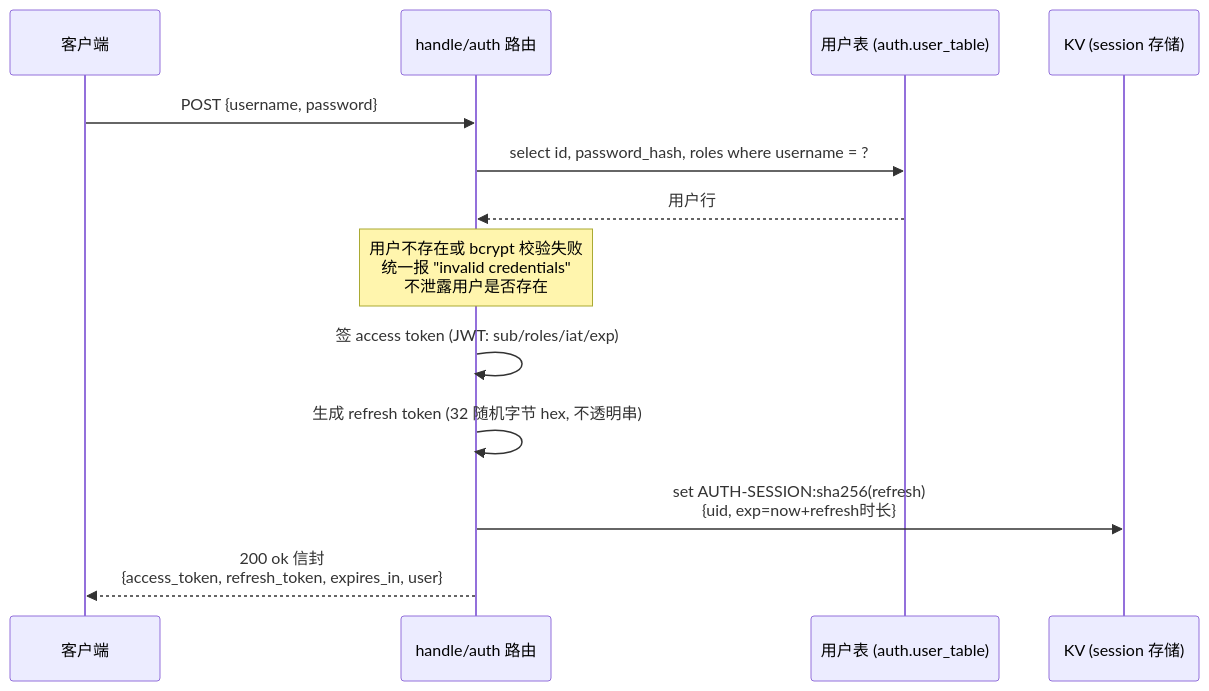
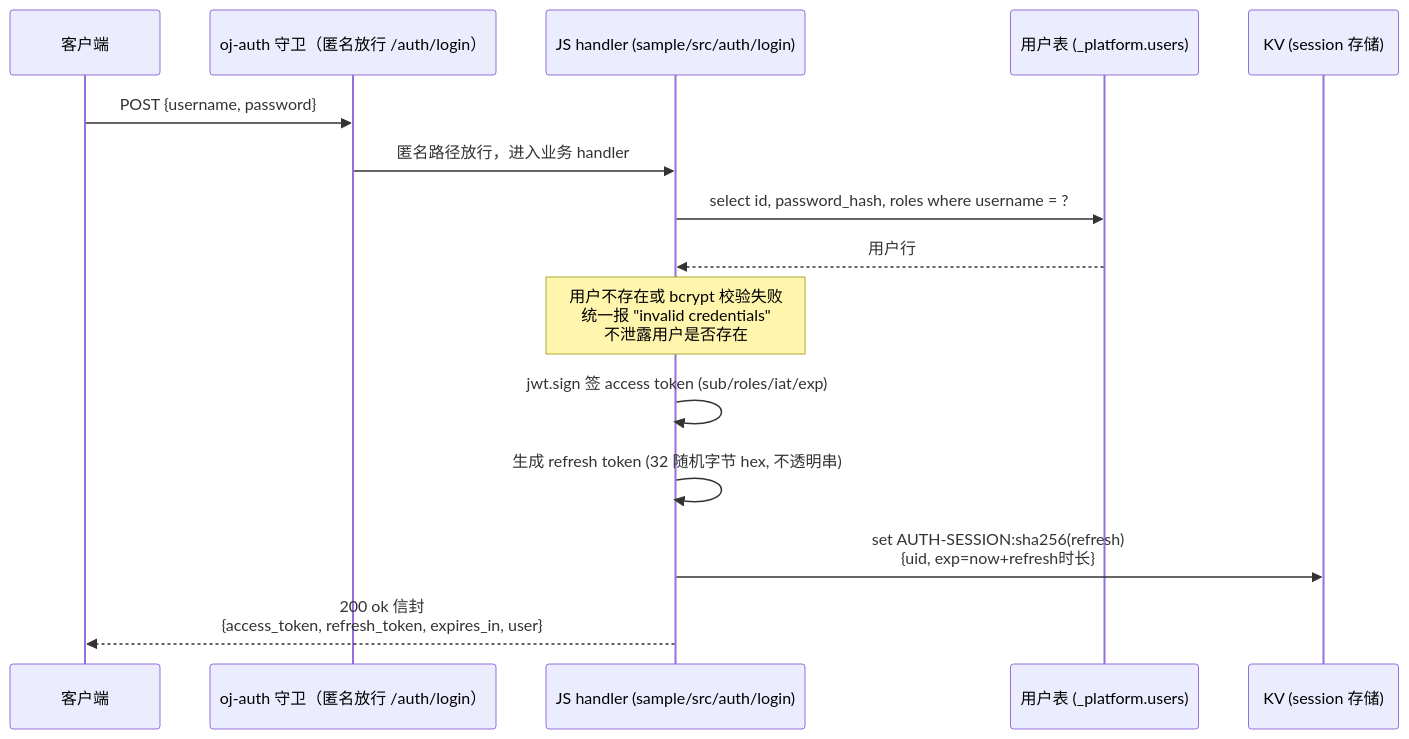
Before and after one commit to everpan/oj-bin: the second of 4 diagrams in docs/builtin-api-auth.md, drawn with Mermaid. The commit also changed other lines of this file and 10 other files, not shown here.

````diff
--- a/docs/builtin-api-auth.md
+++ b/docs/builtin-api-auth.md
@@ -65,16 +66,18 @@
 ```mermaid
 sequenceDiagram
     participant C as 客户端
-    participant S as handle/auth 路由
-    participant DB as 用户表 (auth.user_table)
+    participant G as oj-auth 守卫（匿名放行 /auth/login）
+    participant J as JS handler (sample/src/auth/login)
+    participant DB as 用户表 (_platform.users)
     participant KV as KV (session 存储)
 
-    C->>S: POST {username, password}
-    S->>DB: select id, password_hash, roles where username = ?
-    DB-->>S: 用户行
-    Note over S: 用户不存在或 bcrypt 校验失败<br/>统一报 "invalid credentials"<br/>不泄露用户是否存在
-    S->>S: 签 access token (JWT: sub/roles/iat/exp)
-    S->>S: 生成 refresh token (32 随机字节 hex, 不透明串)
-    S->>KV: set AUTH-SESSION:sha256(refresh)<br/>{uid, exp=now+refresh时长}
-    S-->>C: 200 ok 信封<br/>{access_token, refresh_token, expires_in, user}
+    C->>G: POST {username, password}
+    G->>J: 匿名路径放行，进入业务 handler
+    J->>DB: select id, password_hash, roles where username = ?
+    DB-->>J: 用户行
+    Note over J: 用户不存在或 bcrypt 校验失败<br/>统一报 "invalid credentials"<br/>不泄露用户是否存在
+    J->>J: jwt.sign 签 access token (sub/roles/iat/exp)
+    J->>J: 生成 refresh token (32 随机字节 hex, 不透明串)
+    J->>KV: set AUTH-SESSION:sha256(refresh)<br/>{uid, exp=now+refresh时长}
+    J-->>C: 200 ok 信封<br/>{access_token, refresh_token, expires_in, user}
 ```
````
